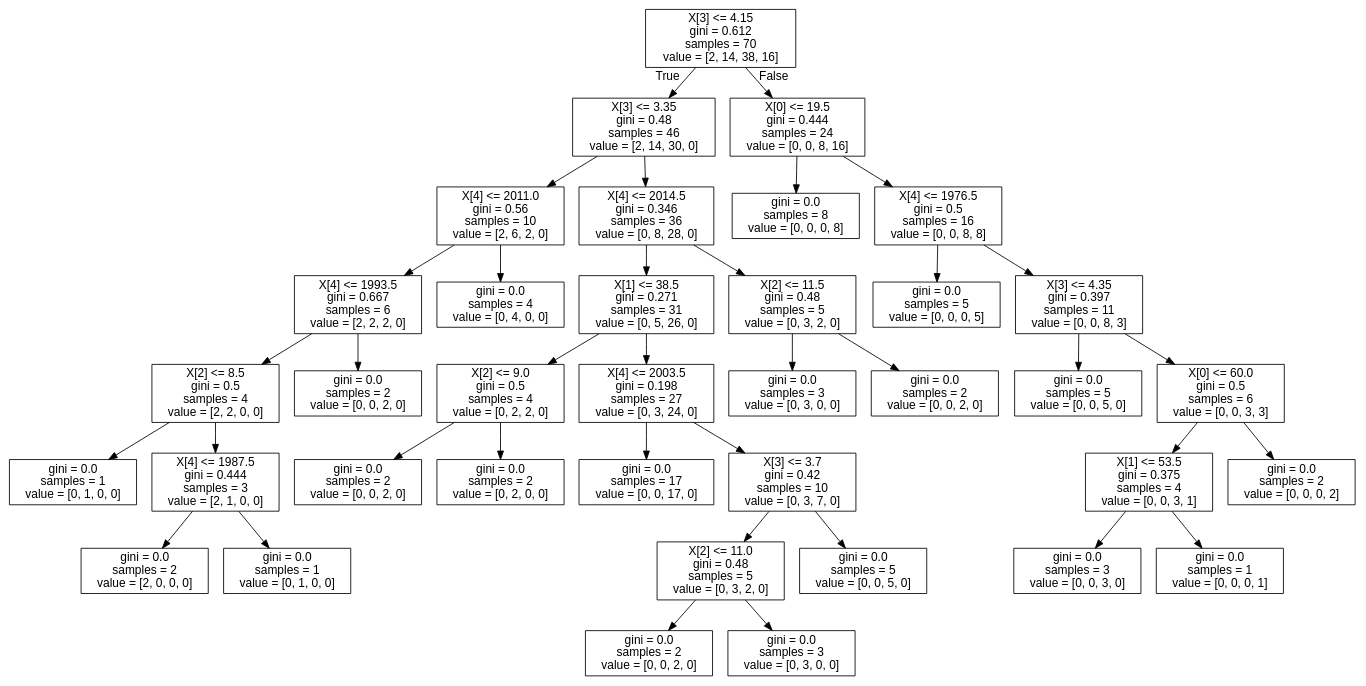
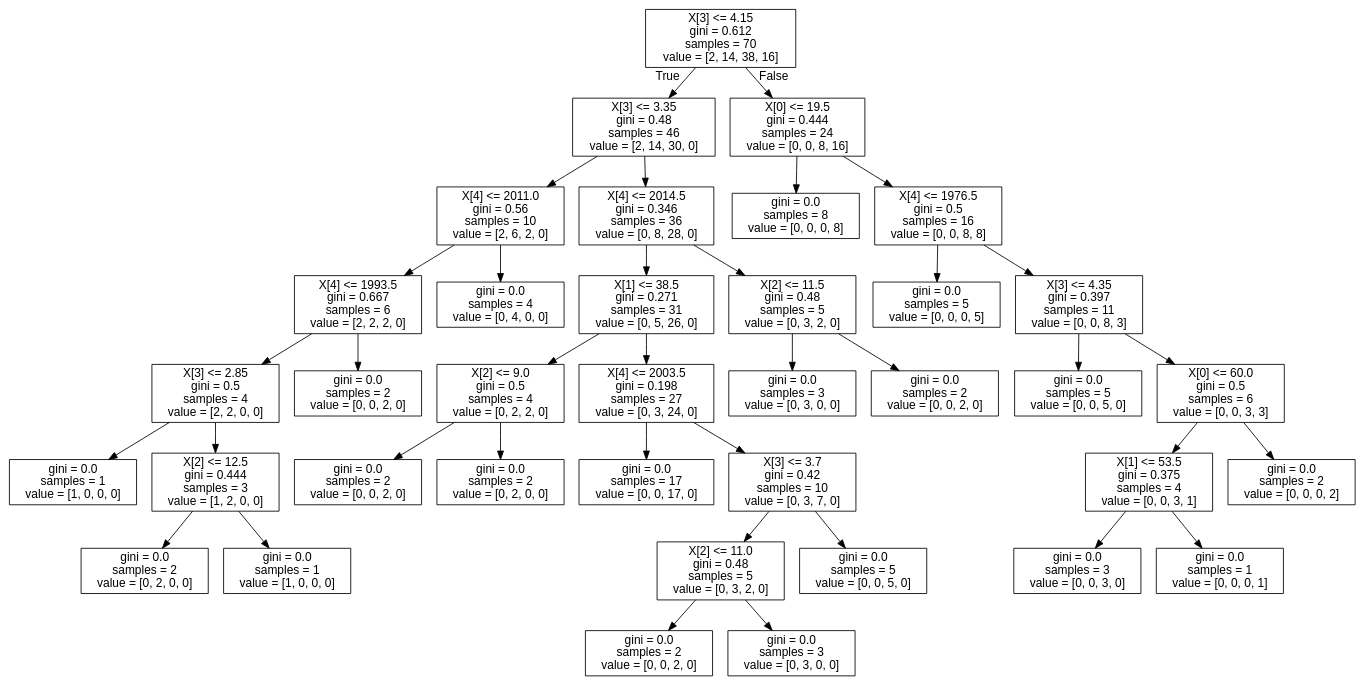
The diagram in BibliotecaMusicalV2/tree.dot (ViniciusOSAntos/Data-Science---Estudos-e-Atividades), drawn with Graphviz before and after one commit. The commit also changed 3 other files, not shown here.

```diff
--- a/BibliotecaMusicalV2/tree.dot
+++ b/BibliotecaMusicalV2/tree.dot
@@ -1,77 +1,77 @@
 digraph Tree {
 node [shape=box, fontname="helvetica"] ;
 edge [fontname="helvetica"] ;
 0 [label="X[3] <= 4.15\ngini = 0.612\nsamples = 70\nvalue = [2, 14, 38, 16]"] ;
 1 [label="X[3] <= 3.35\ngini = 0.48\nsamples = 46\nvalue = [2, 14, 30, 0]"] ;
 0 -> 1 [labeldistance=2.5, labelangle=45, headlabel="True"] ;
 2 [label="X[4] <= 2011.0\ngini = 0.56\nsamples = 10\nvalue = [2, 6, 2, 0]"] ;
 1 -> 2 ;
 3 [label="X[4] <= 1993.5\ngini = 0.667\nsamples = 6\nvalue = [2, 2, 2, 0]"] ;
 2 -> 3 ;
-4 [label="X[2] <= 8.5\ngini = 0.5\nsamples = 4\nvalue = [2, 2, 0, 0]"] ;
+4 [label="X[3] <= 2.85\ngini = 0.5\nsamples = 4\nvalue = [2, 2, 0, 0]"] ;
 3 -> 4 ;
-5 [label="gini = 0.0\nsamples = 1\nvalue = [0, 1, 0, 0]"] ;
+5 [label="gini = 0.0\nsamples = 1\nvalue = [1, 0, 0, 0]"] ;
 4 -> 5 ;
-6 [label="X[4] <= 1987.5\ngini = 0.444\nsamples = 3\nvalue = [2, 1, 0, 0]"] ;
+6 [label="X[2] <= 12.5\ngini = 0.444\nsamples = 3\nvalue = [1, 2, 0, 0]"] ;
 4 -> 6 ;
-7 [label="gini = 0.0\nsamples = 2\nvalue = [2, 0, 0, 0]"] ;
+7 [label="gini = 0.0\nsamples = 2\nvalue = [0, 2, 0, 0]"] ;
 6 -> 7 ;
-8 [label="gini = 0.0\nsamples = 1\nvalue = [0, 1, 0, 0]"] ;
+8 [label="gini = 0.0\nsamples = 1\nvalue = [1, 0, 0, 0]"] ;
 6 -> 8 ;
 9 [label="gini = 0.0\nsamples = 2\nvalue = [0, 0, 2, 0]"] ;
 3 -> 9 ;
 10 [label="gini = 0.0\nsamples = 4\nvalue = [0, 4, 0, 0]"] ;
 2 -> 10 ;
 11 [label="X[4] <= 2014.5\ngini = 0.346\nsamples = 36\nvalue = [0, 8, 28, 0]"] ;
 1 -> 11 ;
 12 [label="X[1] <= 38.5\ngini = 0.271\nsamples = 31\nvalue = [0, 5, 26, 0]"] ;
 11 -> 12 ;
 13 [label="X[2] <= 9.0\ngini = 0.5\nsamples = 4\nvalue = [0, 2, 2, 0]"] ;
 12 -> 13 ;
 14 [label="gini = 0.0\nsamples = 2\nvalue = [0, 0, 2, 0]"] ;
 13 -> 14 ;
 15 [label="gini = 0.0\nsamples = 2\nvalue = [0, 2, 0, 0]"] ;
 13 -> 15 ;
 16 [label="X[4] <= 2003.5\ngini = 0.198\nsamples = 27\nvalue = [0, 3, 24, 0]"] ;
 12 -> 16 ;
 17 [label="gini = 0.0\nsamples = 17\nvalue = [0, 0, 17, 0]"] ;
 16 -> 17 ;
 18 [label="X[3] <= 3.7\ngini = 0.42\nsamples = 10\nvalue = [0, 3, 7, 0]"] ;
 16 -> 18 ;
 19 [label="X[2] <= 11.0\ngini = 0.48\nsamples = 5\nvalue = [0, 3, 2, 0]"] ;
 18 -> 19 ;
 20 [label="gini = 0.0\nsamples = 2\nvalue = [0, 0, 2, 0]"] ;
 19 -> 20 ;
 21 [label="gini = 0.0\nsamples = 3\nvalue = [0, 3, 0, 0]"] ;
 19 -> 21 ;
 22 [label="gini = 0.0\nsamples = 5\nvalue = [0, 0, 5, 0]"] ;
 18 -> 22 ;
 23 [label="X[2] <= 11.5\ngini = 0.48\nsamples = 5\nvalue = [0, 3, 2, 0]"] ;
 11 -> 23 ;
 24 [label="gini = 0.0\nsamples = 3\nvalue = [0, 3, 0, 0]"] ;
 23 -> 24 ;
 25 [label="gini = 0.0\nsamples = 2\nvalue = [0, 0, 2, 0]"] ;
 23 -> 25 ;
 26 [label="X[0] <= 19.5\ngini = 0.444\nsamples = 24\nvalue = [0, 0, 8, 16]"] ;
 0 -> 26 [labeldistance=2.5, labelangle=-45, headlabel="False"] ;
 27 [label="gini = 0.0\nsamples = 8\nvalue = [0, 0, 0, 8]"] ;
 26 -> 27 ;
 28 [label="X[4] <= 1976.5\ngini = 0.5\nsamples = 16\nvalue = [0, 0, 8, 8]"] ;
 26 -> 28 ;
 29 [label="gini = 0.0\nsamples = 5\nvalue = [0, 0, 0, 5]"] ;
 28 -> 29 ;
 30 [label="X[3] <= 4.35\ngini = 0.397\nsamples = 11\nvalue = [0, 0, 8, 3]"] ;
 28 -> 30 ;
 31 [label="gini = 0.0\nsamples = 5\nvalue = [0, 0, 5, 0]"] ;
 30 -> 31 ;
 32 [label="X[0] <= 60.0\ngini = 0.5\nsamples = 6\nvalue = [0, 0, 3, 3]"] ;
 30 -> 32 ;
 33 [label="X[1] <= 53.5\ngini = 0.375\nsamples = 4\nvalue = [0, 0, 3, 1]"] ;
 32 -> 33 ;
 34 [label="gini = 0.0\nsamples = 3\nvalue = [0, 0, 3, 0]"] ;
 33 -> 34 ;
 35 [label="gini = 0.0\nsamples = 1\nvalue = [0, 0, 0, 1]"] ;
 33 -> 35 ;
 36 [label="gini = 0.0\nsamples = 2\nvalue = [0, 0, 0, 2]"] ;
 32 -> 36 ;
 }
```
